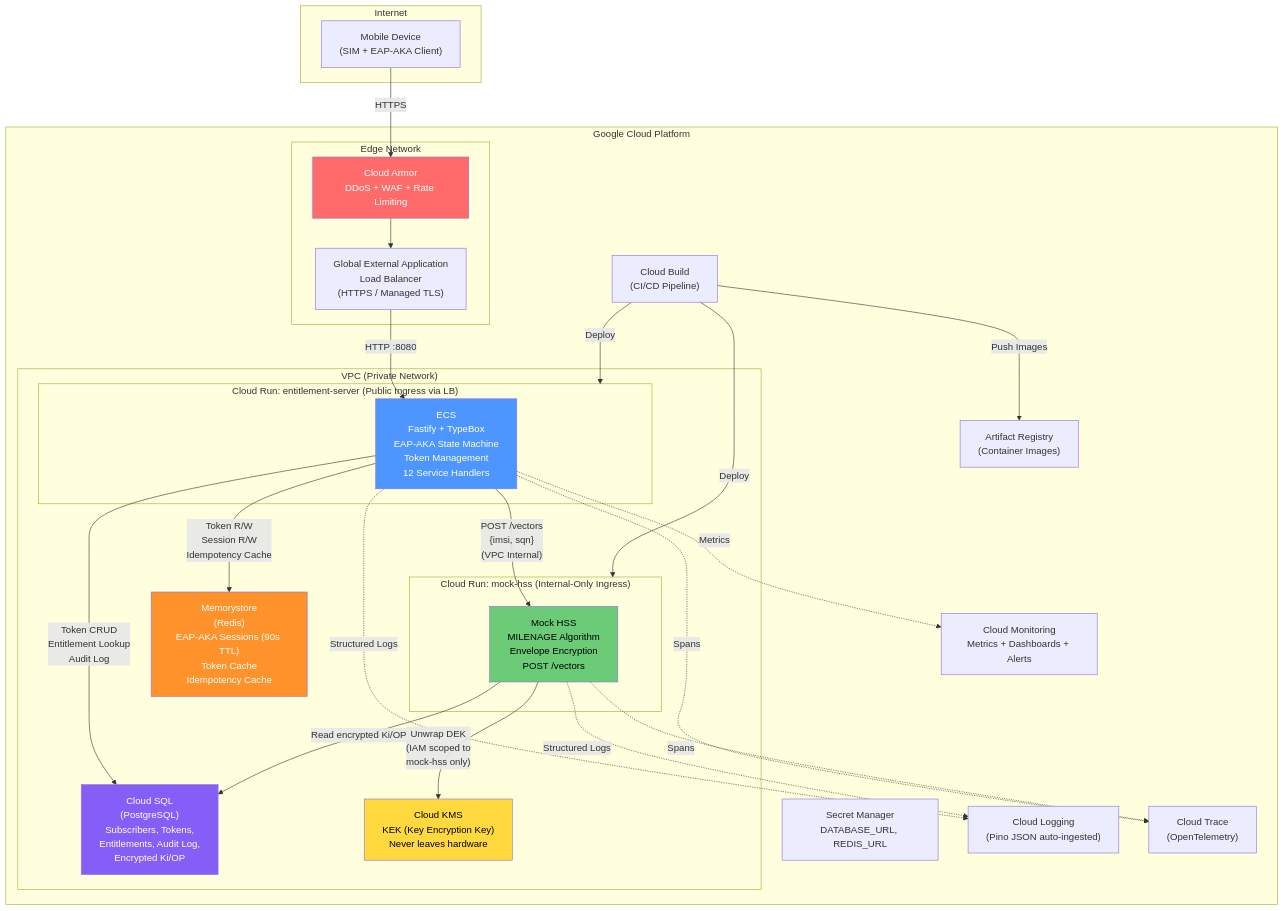
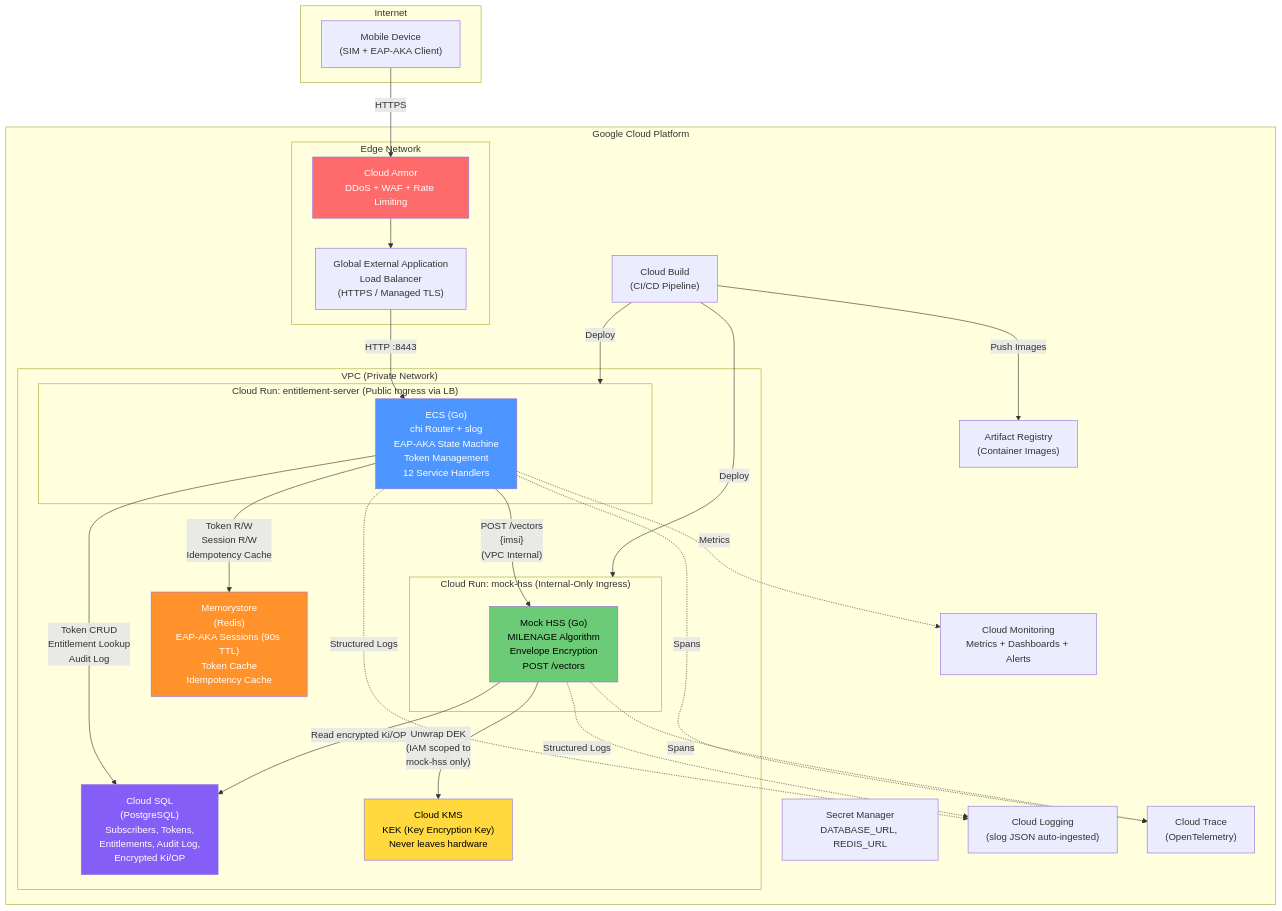
Before and after one commit to hkassaei/poc-entitlements-as-a-service-go: the first of 6 diagrams in architecture.md, drawn with Mermaid. The commit also changed other lines of this file and 189 other files, not shown here.

````diff
--- a/architecture.md
+++ b/architecture.md
@@ -5,62 +5,62 @@
 ```mermaid
 graph TB
     subgraph Internet
         Device["Mobile Device<br/>(SIM + EAP-AKA Client)"]
     end
 
     subgraph GCP["Google Cloud Platform"]
         subgraph Edge["Edge Network"]
             Armor["Cloud Armor<br/>DDoS + WAF + Rate Limiting"]
             LB["Global External Application<br/>Load Balancer<br/>(HTTPS / Managed TLS)"]
         end
 
         subgraph VPC["VPC (Private Network)"]
             subgraph ECS_Service["Cloud Run: entitlement-server (Public Ingress via LB)"]
-                ECS["ECS<br/>Fastify + TypeBox<br/>EAP-AKA State Machine<br/>Token Management<br/>12 Service Handlers"]
+                ECS["ECS (Go)<br/>chi Router + slog<br/>EAP-AKA State Machine<br/>Token Management<br/>12 Service Handlers"]
             end
 
             subgraph HSS_Service["Cloud Run: mock-hss (Internal-Only Ingress)"]
-                HSS["Mock HSS<br/>MILENAGE Algorithm<br/>Envelope Encryption<br/>POST /vectors"]
+                HSS["Mock HSS (Go)<br/>MILENAGE Algorithm<br/>Envelope Encryption<br/>POST /vectors"]
             end
 
             Redis["Memorystore<br/>(Redis)<br/>EAP-AKA Sessions (90s TTL)<br/>Token Cache<br/>Idempotency Cache"]
             CloudSQL["Cloud SQL<br/>(PostgreSQL)<br/>Subscribers, Tokens,<br/>Entitlements, Audit Log,<br/>Encrypted Ki/OP"]
             KMS["Cloud KMS<br/>KEK (Key Encryption Key)<br/>Never leaves hardware"]
         end
 
         SecretMgr["Secret Manager<br/>DATABASE_URL, REDIS_URL"]
-        Logging["Cloud Logging<br/>(Pino JSON auto-ingested)"]
+        Logging["Cloud Logging<br/>(slog JSON auto-ingested)"]
         Trace["Cloud Trace<br/>(OpenTelemetry)"]
         Monitoring["Cloud Monitoring<br/>Metrics + Dashboards + Alerts"]
         Artifact["Artifact Registry<br/>(Container Images)"]
         Build["Cloud Build<br/>(CI/CD Pipeline)"]
     end
 
     Device -->|HTTPS| Armor
     Armor --> LB
-    LB -->|HTTP :8080| ECS
+    LB -->|HTTP :8443| ECS
 
     ECS -->|"Token R/W<br/>Session R/W<br/>Idempotency Cache"| Redis
     ECS -->|"Token CRUD<br/>Entitlement Lookup<br/>Audit Log"| CloudSQL
-    ECS -->|"POST /vectors<br/>{imsi, sqn}<br/>(VPC Internal)"| HSS
+    ECS -->|"POST /vectors<br/>{imsi}<br/>(VPC Internal)"| HSS
 
     HSS -->|"Read encrypted Ki/OP"| CloudSQL
     HSS -->|"Unwrap DEK<br/>(IAM scoped to<br/>mock-hss only)"| KMS
 
     ECS -.->|Structured Logs| Logging
     ECS -.->|Spans| Trace
     ECS -.->|Metrics| Monitoring
     HSS -.->|Structured Logs| Logging
     HSS -.->|Spans| Trace
 
     Build -->|"Deploy"| ECS_Service
     Build -->|"Deploy"| HSS_Service
     Build -->|"Push Images"| Artifact
 
     style Armor fill:#ff6b6b,color:#fff
     style KMS fill:#ffd93d,color:#000
     style HSS fill:#6bcb77,color:#000
     style ECS fill:#4d96ff,color:#fff
     style Redis fill:#ff922b,color:#fff
     style CloudSQL fill:#845ef7,color:#fff
 ```
````
